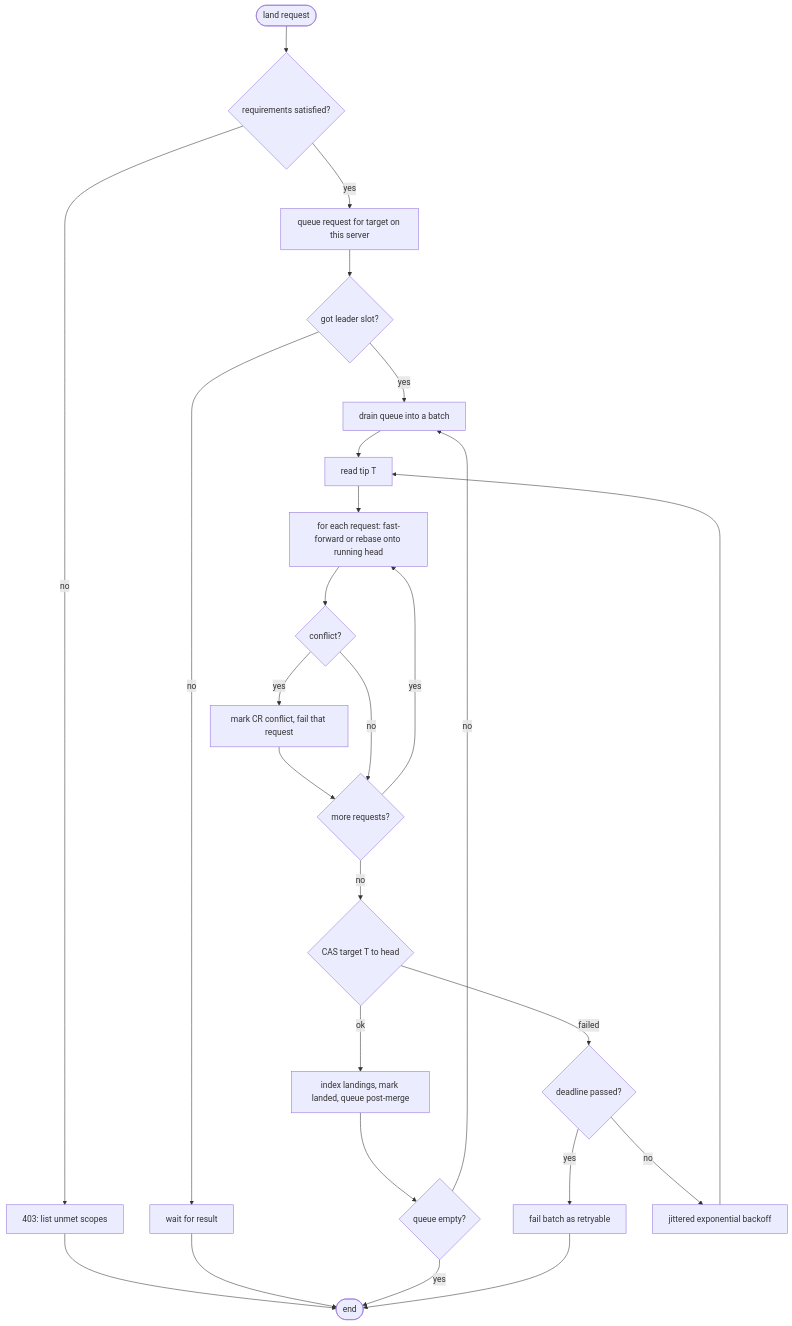
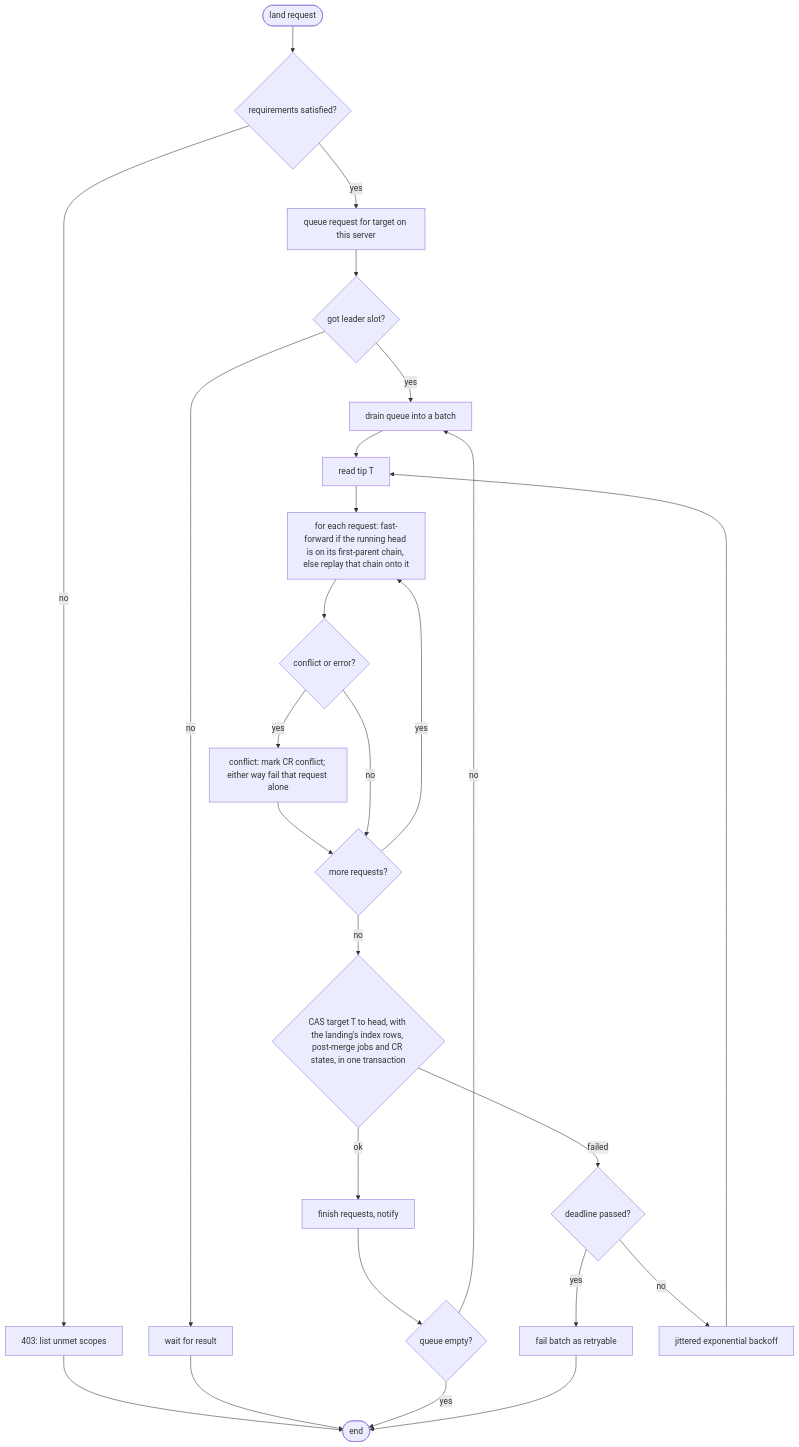
Diagram 24 of 28 in scion/docs/design/06-uml.md (Space-Trucker/AIresume), drawn with Mermaid before and after one commit. The commit also changed other lines of this file and 10 other files, not shown here.

````diff
--- a/scion/docs/design/06-uml.md
+++ b/scion/docs/design/06-uml.md
@@ -988,22 +989,22 @@
 ```mermaid
 flowchart TD
   A([land request]) --> B{requirements satisfied?}
   B -- no --> X[403: list unmet scopes] --> Z([end])
   B -- yes --> C[queue request for target on this server]
   C --> D{got leader slot?}
   D -- no --> E[wait for result] --> Z
   D -- yes --> F[drain queue into a batch]
   F --> G[read tip T]
-  G --> H[for each request: fast-forward or rebase onto running head]
-  H --> I{conflict?}
-  I -- yes --> J[mark CR conflict, fail that request] --> K
+  G --> H[for each request: fast-forward if the running head is on its first-parent chain, else replay that chain onto it]
+  H --> I{conflict or error?}
+  I -- yes --> J[conflict: mark CR conflict; either way fail that request alone] --> K
   I -- no --> K{more requests?}
   K -- yes --> H
-  K -- no --> L{CAS target T to head}
-  L -- ok --> M[index landings, mark landed, queue post-merge] --> N{queue empty?}
+  K -- no --> L{"CAS target T to head, with the landing's index rows, post-merge jobs and CR states, in one transaction"}
+  L -- ok --> M[finish requests, notify] --> N{queue empty?}
   N -- no --> F
   N -- yes --> Z
   L -- failed --> O{deadline passed?}
   O -- yes --> P[fail batch as retryable] --> Z
   O -- no --> Q[jittered exponential backoff] --> G
 ```
````
